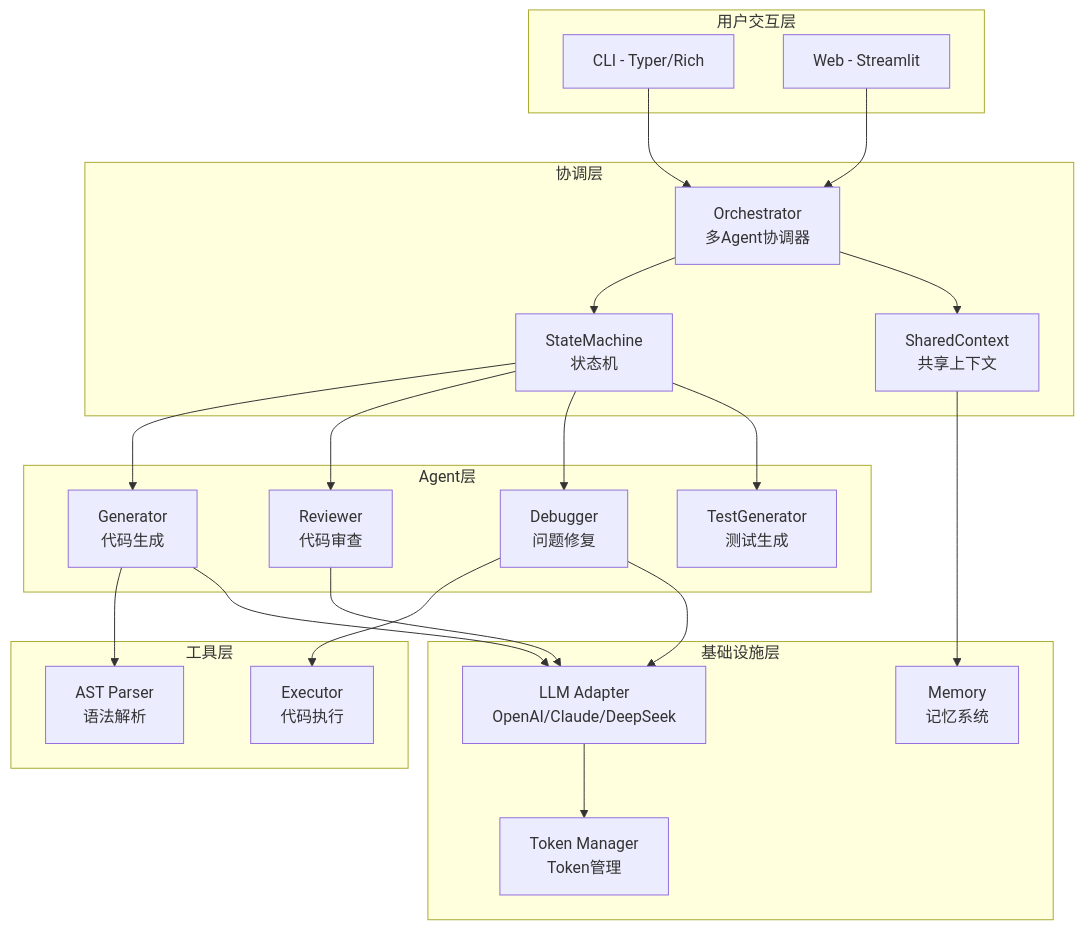
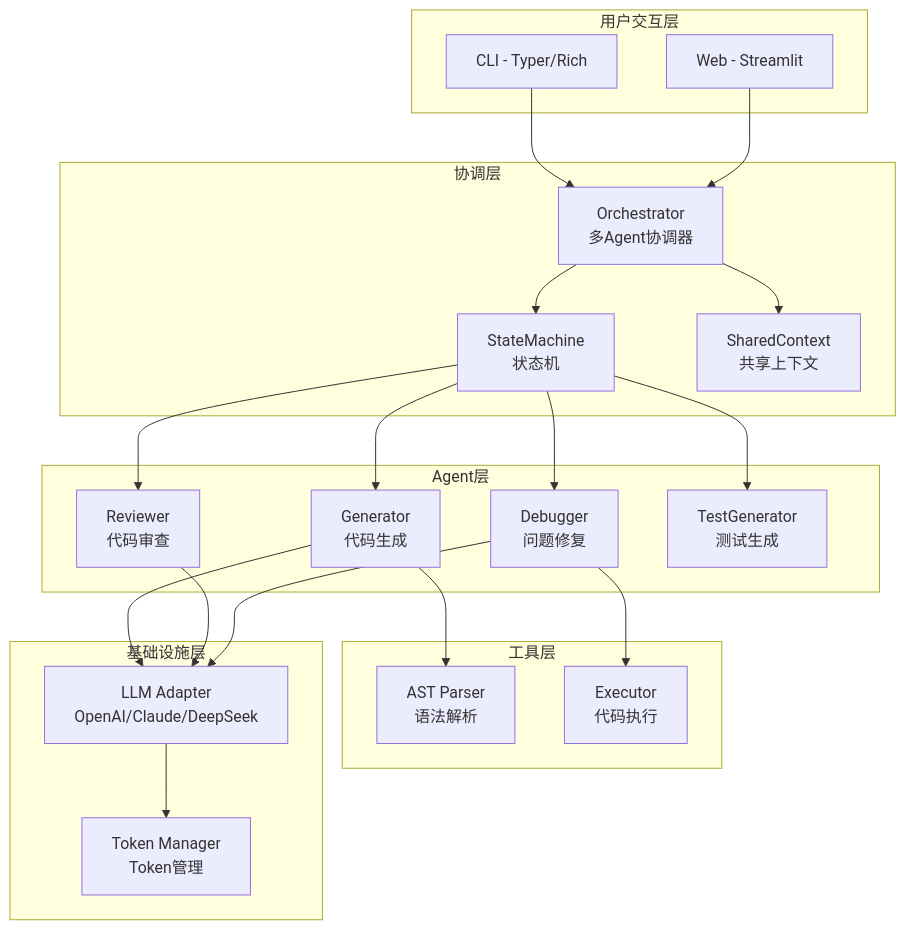
Before and after one commit to hhhhhhh520/CodeCraft-Agent: the first of 3 diagrams in README.md, drawn with Mermaid. The commit also changed other lines of this file and 2 other files, not shown here.

Commit message:
docs: 同步移除记忆系统后的文档残留（README目录树/架构图/结构树/测试树）

````diff
--- a/README.md
+++ b/README.md
@@ -147,47 +147,45 @@
 ```mermaid
 graph TB
     subgraph 用户交互层
         CLI[CLI - Typer/Rich]
         WEB[Web - Streamlit]
     end
 
     subgraph 协调层
         ORC[Orchestrator<br/>多Agent协调器]
         SM[StateMachine<br/>状态机]
         CTX[SharedContext<br/>共享上下文]
     end
 
     subgraph Agent层
         GEN[Generator<br/>代码生成]
         REV[Reviewer<br/>代码审查]
         DBG[Debugger<br/>问题修复]
         TST[TestGenerator<br/>测试生成]
     end
 
     subgraph 工具层
         AST[AST Parser<br/>语法解析]
         EXE[Executor<br/>代码执行]
     end
 
     subgraph 基础设施层
         LLM[LLM Adapter<br/>OpenAI/Claude/DeepSeek]
-        MEM[Memory<br/>记忆系统]
         TOK[Token Manager<br/>Token管理]
     end
 
     CLI --> ORC
     WEB --> ORC
     ORC --> SM
     ORC --> CTX
     SM --> GEN
     SM --> REV
     SM --> DBG
     SM --> TST
     GEN --> AST
     DBG --> EXE
     GEN --> LLM
     REV --> LLM
     DBG --> LLM
     LLM --> TOK
-    CTX --> MEM
 ```
````
